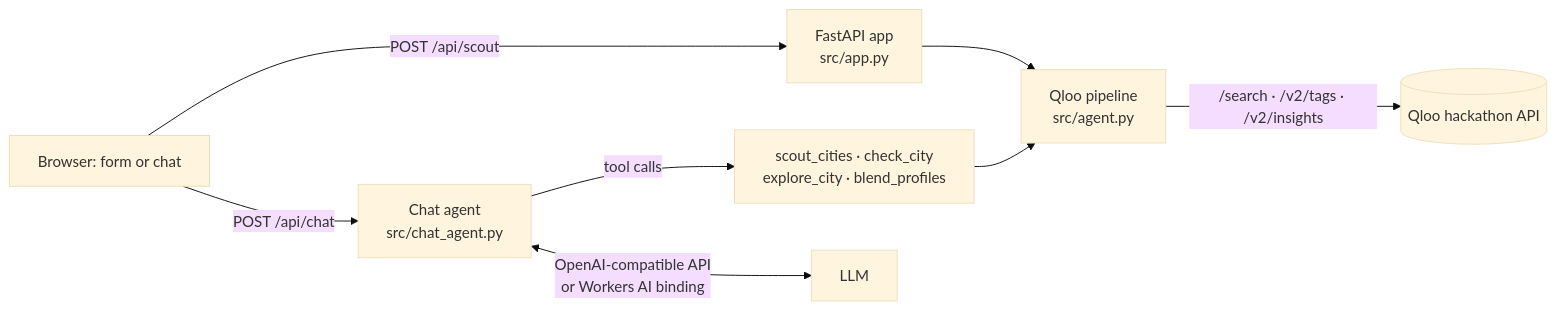
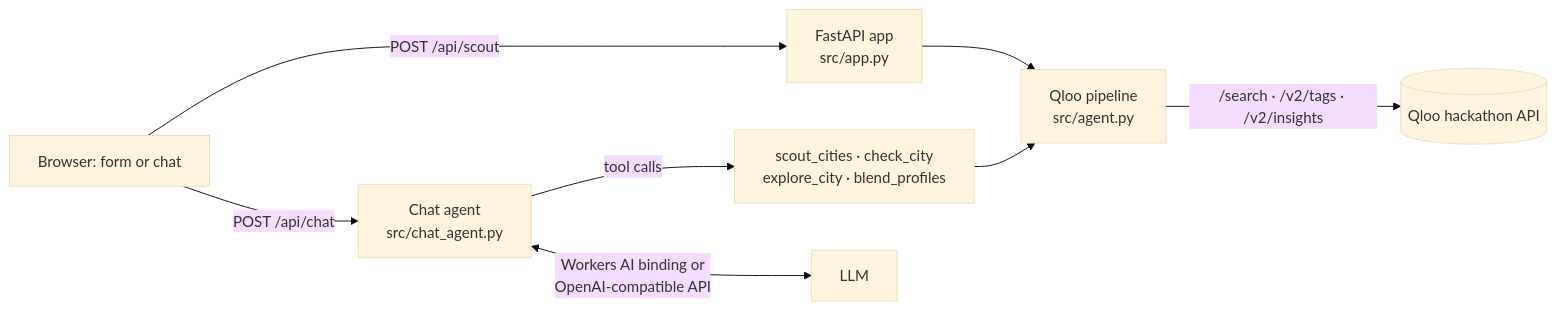
Before and after one commit to taswarshah/qloo-relocation-scout: the diagram in README.md, drawn with Mermaid (base theme). The commit also changed other lines of this file, not shown here.

````diff
--- a/README.md
+++ b/README.md
@@ -43,10 +33,10 @@
 ```mermaid
 flowchart LR
   U[Browser: form or chat] -->|POST /api/scout| A[FastAPI app<br/>src/app.py]
   U -->|POST /api/chat| C[Chat agent<br/>src/chat_agent.py]
   C -->|tool calls| T[scout_cities · check_city<br/>explore_city · blend_profiles]
   T --> P[Qloo pipeline<br/>src/agent.py]
   A --> P
-  C <-->|OpenAI-compatible API<br/>or Workers AI binding| L[LLM]
+  C <-->|Workers AI binding or<br/>OpenAI-compatible API| L[LLM]
   P -->|/search · /v2/tags · /v2/insights| Q[(Qloo hackathon API)]
 ```
````
